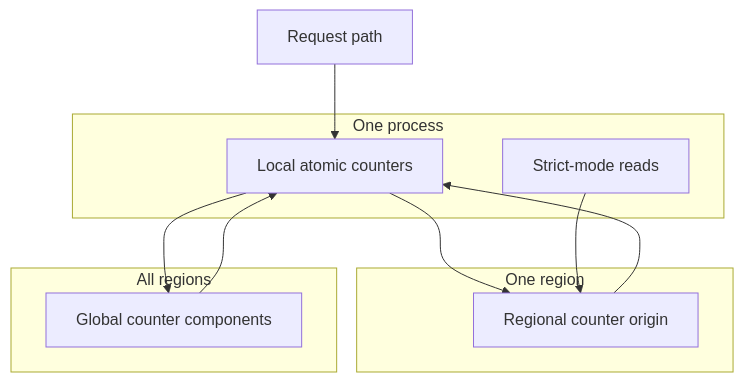
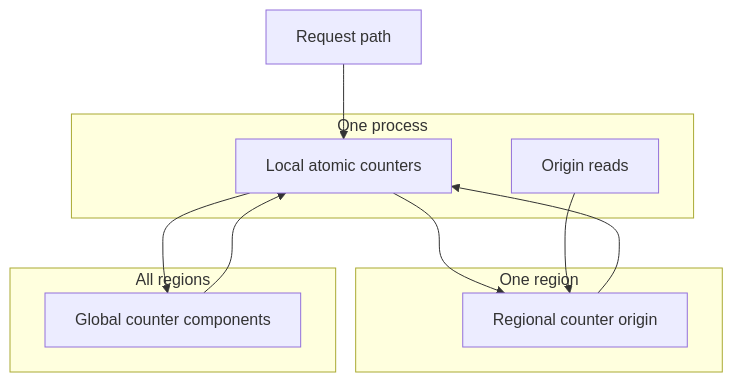
The diagram in docs/engineering/architecture/ratelimiting/overview.mdx (unkeyed/unkey), drawn with Mermaid before and after one commit. The commit also changed other lines of this file and 13 other files, not shown here.

````diff
--- a/docs/engineering/architecture/ratelimiting/overview.mdx
+++ b/docs/engineering/architecture/ratelimiting/overview.mdx
@@ -40,24 +40,24 @@
 ```mermaid
 flowchart TB
   request[Request path]
 
   subgraph process[One process]
     memory[Local atomic counters]
-    strict[Strict-mode reads]
+    originReads[Origin reads]
   end
 
   subgraph region[One region]
     regional[Regional counter origin]
   end
 
   subgraph global[All regions]
     counters[Global counter components]
   end
 
   request --> memory
   memory --> regional
   regional --> memory
   memory --> counters
   counters --> memory
-  strict --> regional
+  originReads --> regional
 ```
````
